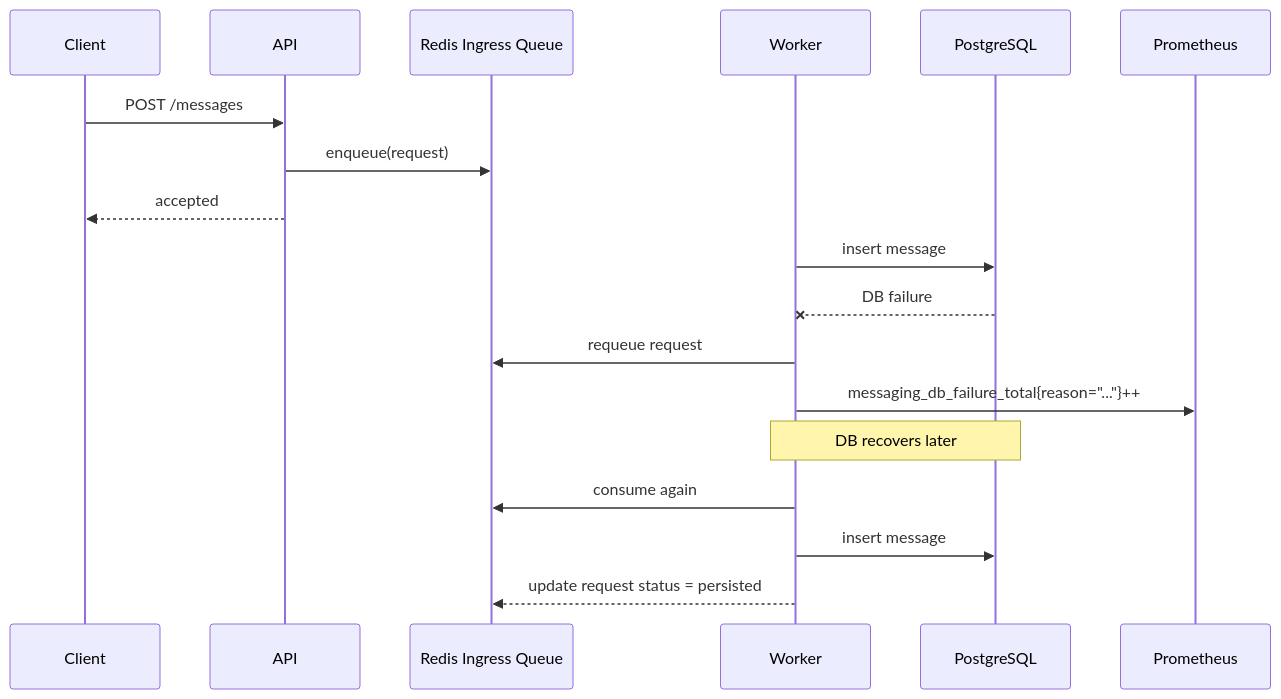
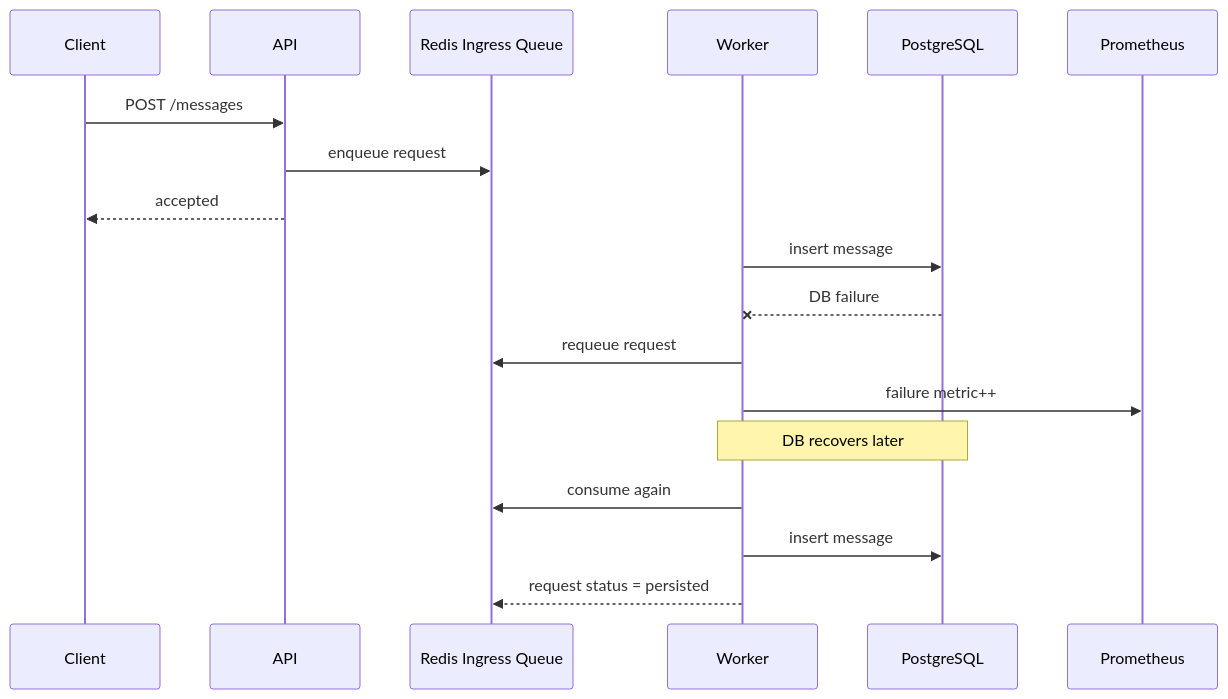
The third of 3 diagrams in README.md (Jangwanko/Cloud_portfolio), drawn with Mermaid before and after one commit. The commit also changed other lines of this file and 14 other files, not shown here.

````diff
--- a/README.md
+++ b/README.md
@@ -49,21 +58,21 @@
 ```mermaid
 sequenceDiagram
     participant C as Client
     participant A as API
     participant R as Redis Ingress Queue
     participant W as Worker
     participant D as PostgreSQL
     participant P as Prometheus
 
     C->>A: POST /messages
-    A->>R: enqueue(request)
+    A->>R: enqueue request
     A-->>C: accepted
     W->>D: insert message
     D--xW: DB failure
     W->>R: requeue request
-    W->>P: messaging_db_failure_total{reason="..."}++
+    W->>P: failure metric++
     Note over W,D: DB recovers later
     W->>R: consume again
     W->>D: insert message
-    W-->>R: update request status = persisted
+    W-->>R: request status = persisted
 ```
````
